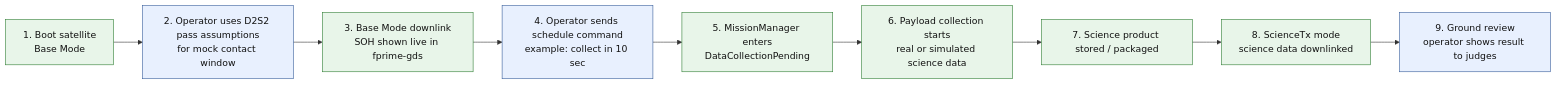
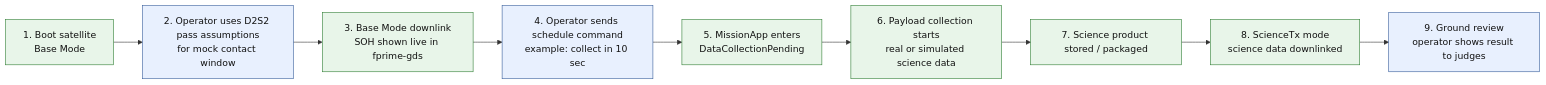
One commit to hsfl/fprime-artemis-cubesat changed the diagram in docs/DEMO_FLOWCHART.mmd. Above: the diagram before and after it, drawn with Mermaid. The commit also changed 228 other files, not shown here.

```diff
--- a/docs/DEMO_FLOWCHART.mmd
+++ b/docs/DEMO_FLOWCHART.mmd
@@ -1,15 +1,15 @@
 flowchart LR
   classDef sat fill:#e8f5e9,stroke:#2e7d32,stroke-width:1px,color:#111;
   classDef op fill:#e8f0fe,stroke:#355c9a,stroke-width:1px,color:#111;
 
   A["1. Boot satellite\nBase Mode"]:::sat
   B["2. Operator uses D2S2 pass assumptions\nfor mock contact window"]:::op
   C["3. Base Mode downlink\nSOH shown live in fprime-gds"]:::sat
   D["4. Operator sends schedule command\nexample: collect in 10 sec"]:::op
-  E["5. MissionManager enters\nDataCollectionPending"]:::sat
+  E["5. MissionApp enters\nDataCollectionPending"]:::sat
   F["6. Payload collection starts\nreal or simulated science data"]:::sat
   G["7. Science product stored / packaged"]:::sat
   H["8. ScienceTx mode\nscience data downlinked"]:::sat
   I["9. Ground review\noperator shows result to judges"]:::op
 
   A --> B --> C --> D --> E --> F --> G --> H --> I
```
